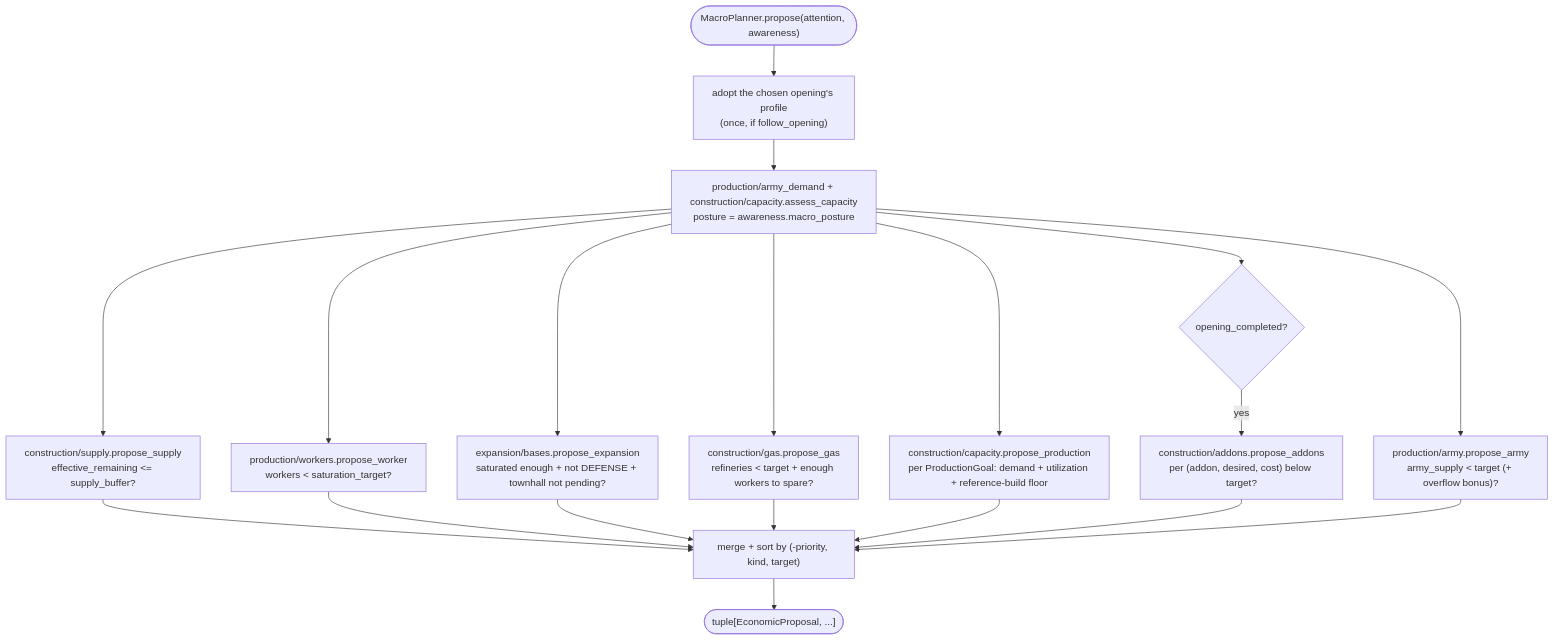
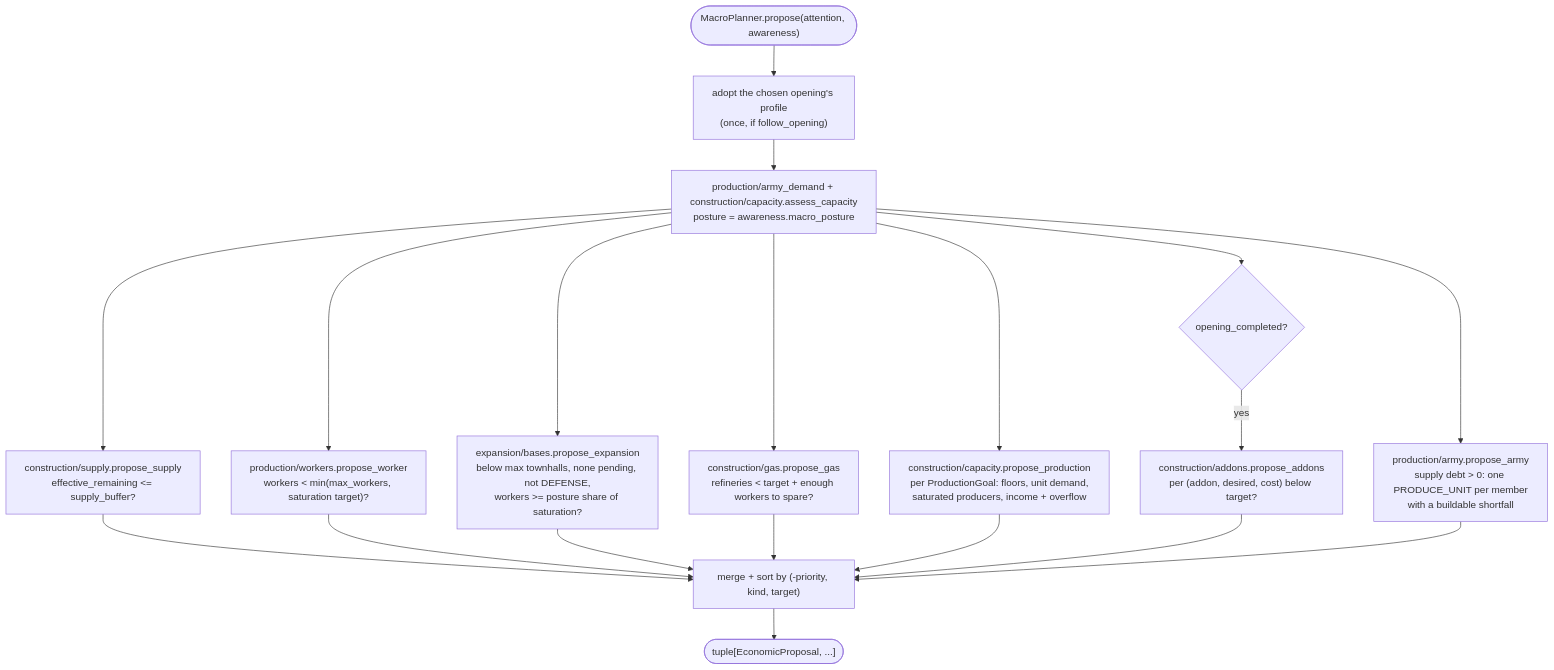
One commit to LeonardoSilvestrin/sc2bot changed the first of 3 diagrams in _botdev/architecture/macro-planner.md. Above: the diagram before and after it, drawn with Mermaid. The commit also changed other lines of this file and 23 other files, not shown here.

````diff
--- a/_botdev/architecture/macro-planner.md
+++ b/_botdev/architecture/macro-planner.md
@@ -64,15 +74,15 @@
 ```mermaid
 flowchart TD
     Propose(["MacroPlanner.propose(attention, awareness)"]) --> Follow["adopt the chosen opening's profile\n(once, if follow_opening)"]
     Follow --> Assess["production/army_demand + construction/capacity.assess_capacity\nposture = awareness.macro_posture"]
     Assess --> Supply["construction/supply.propose_supply\neffective_remaining <= supply_buffer?"]
-    Assess --> Worker["production/workers.propose_worker\nworkers < saturation_target?"]
-    Assess --> Expansion["expansion/bases.propose_expansion\nsaturated enough + not DEFENSE + townhall not pending?"]
+    Assess --> Worker["production/workers.propose_worker\nworkers < min(max_workers, saturation target)?"]
+    Assess --> Expansion["expansion/bases.propose_expansion\nbelow max townhalls, none pending, not DEFENSE,\nworkers >= posture share of saturation?"]
     Assess --> Gas["construction/gas.propose_gas\nrefineries < target + enough workers to spare?"]
-    Assess --> Production["construction/capacity.propose_production\nper ProductionGoal: demand + utilization + reference-build floor"]
+    Assess --> Production["construction/capacity.propose_production\nper ProductionGoal: floors, unit demand,\nsaturated producers, income + overflow"]
     Assess --> AddonGate{"opening_completed?"}
     AddonGate -->|yes| Addons["construction/addons.propose_addons\nper (addon, desired, cost) below target?"]
-    Assess --> Army["production/army.propose_army\narmy_supply < target (+ overflow bonus)?"]
+    Assess --> Army["production/army.propose_army\nsupply debt > 0: one PRODUCE_UNIT per member\nwith a buildable shortfall"]
     Supply & Worker & Expansion & Gas & Production & Addons & Army --> Merge["merge + sort by (-priority, kind, target)"]
     Merge --> Out(["tuple[EconomicProposal, ...]"])
 ```
````
